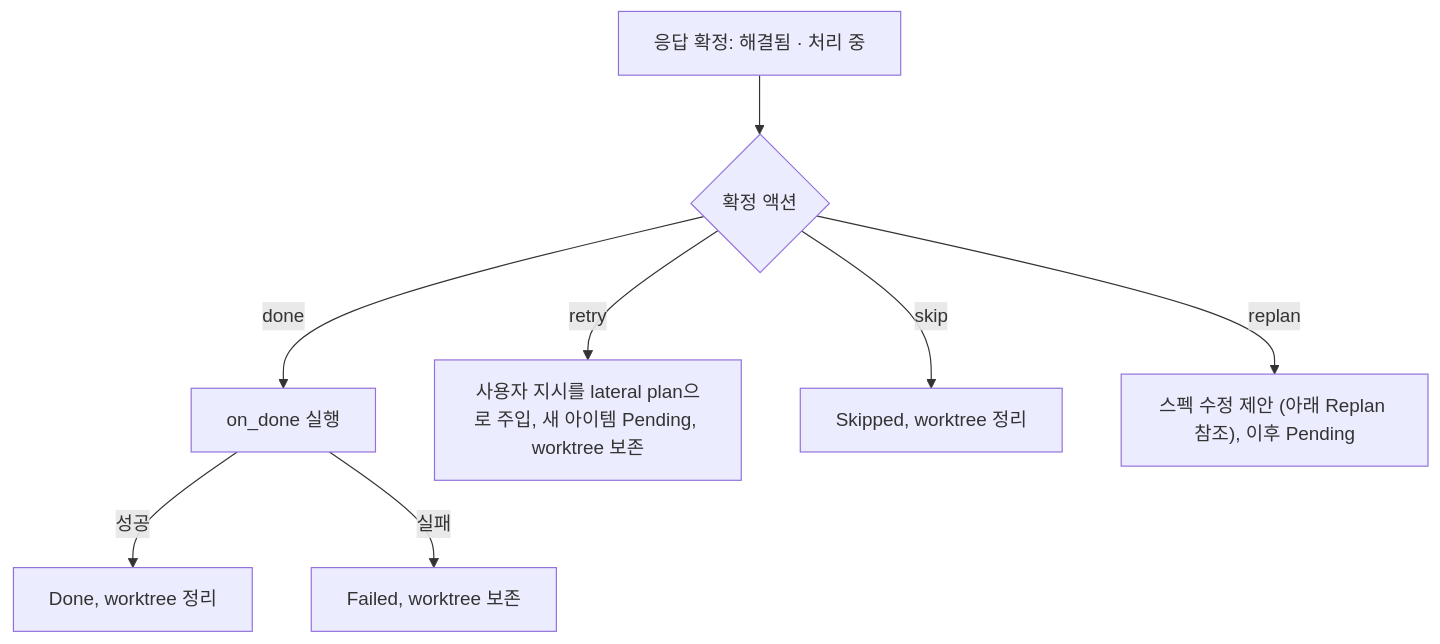
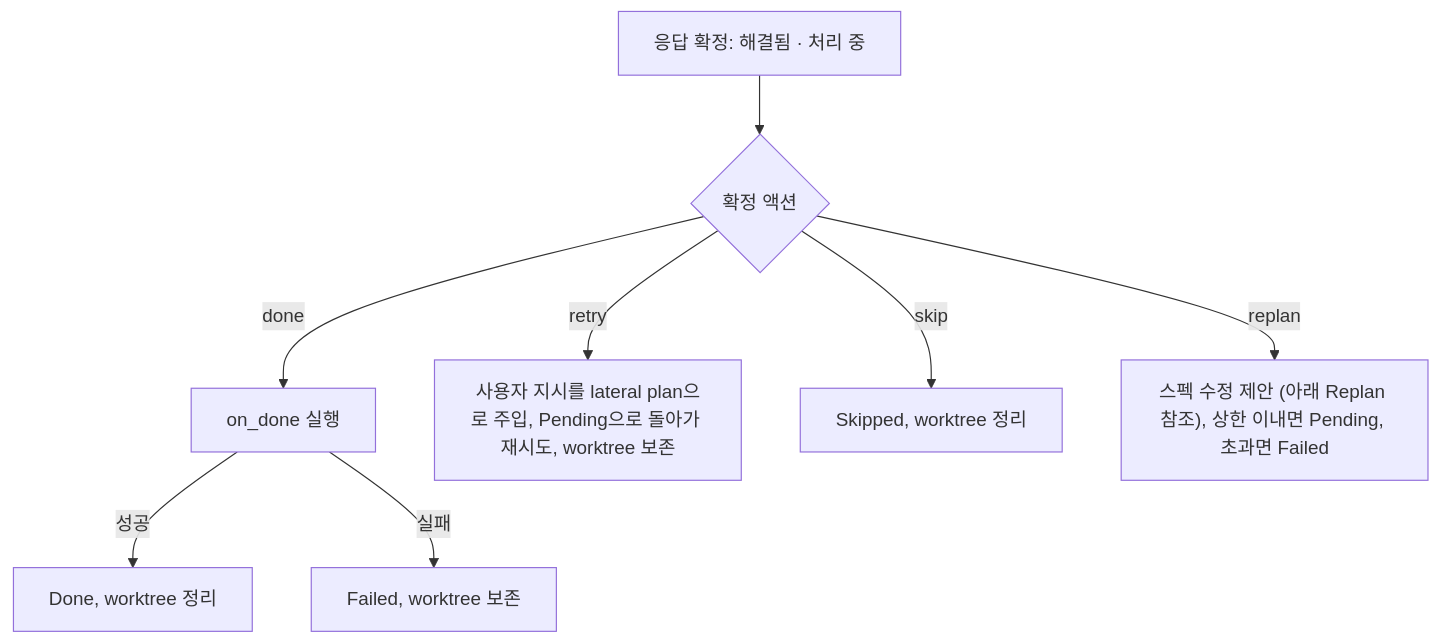
One commit to kys0213/belt changed the third of 8 diagrams in spec/flows/04-failure-and-hitl.md. Above: the diagram before and after it, drawn with Mermaid. The commit also changed other lines of this file and 5 other files, not shown here.

Commit message:
docs(spec): address design/flows review and settle replan-over-cap outcome

````diff
--- a/spec/flows/04-failure-and-hitl.md
+++ b/spec/flows/04-failure-and-hitl.md
@@ -211,10 +211,10 @@
 ```mermaid
 flowchart TD
     R["응답 확정: 해결됨 · 처리 중"] --> A{"확정 액션"}
     A -- "done" --> D1["on_done 실행"]
     D1 -- "성공" --> DONE["Done, worktree 정리"]
     D1 -- "실패" --> FAIL["Failed, worktree 보존"]
-    A -- "retry" --> RT["사용자 지시를 lateral plan으로 주입, 새 아이템 Pending, worktree 보존"]
+    A -- "retry" --> RT["사용자 지시를 lateral plan으로 주입, Pending으로 돌아가 재시도, worktree 보존"]
     A -- "skip" --> SK["Skipped, worktree 정리"]
-    A -- "replan" --> RP["스펙 수정 제안 (아래 Replan 참조), 이후 Pending"]
+    A -- "replan" --> RP["스펙 수정 제안 (아래 Replan 참조), 상한 이내면 Pending, 초과면 Failed"]
 ```
````
